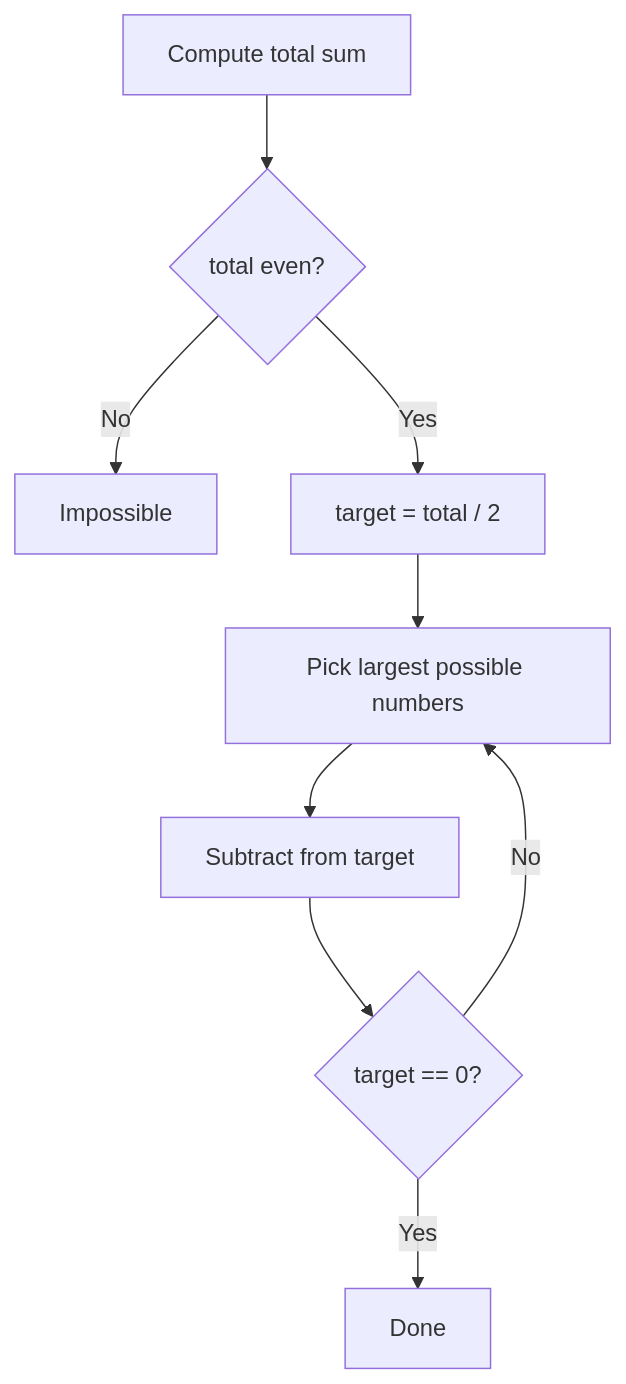
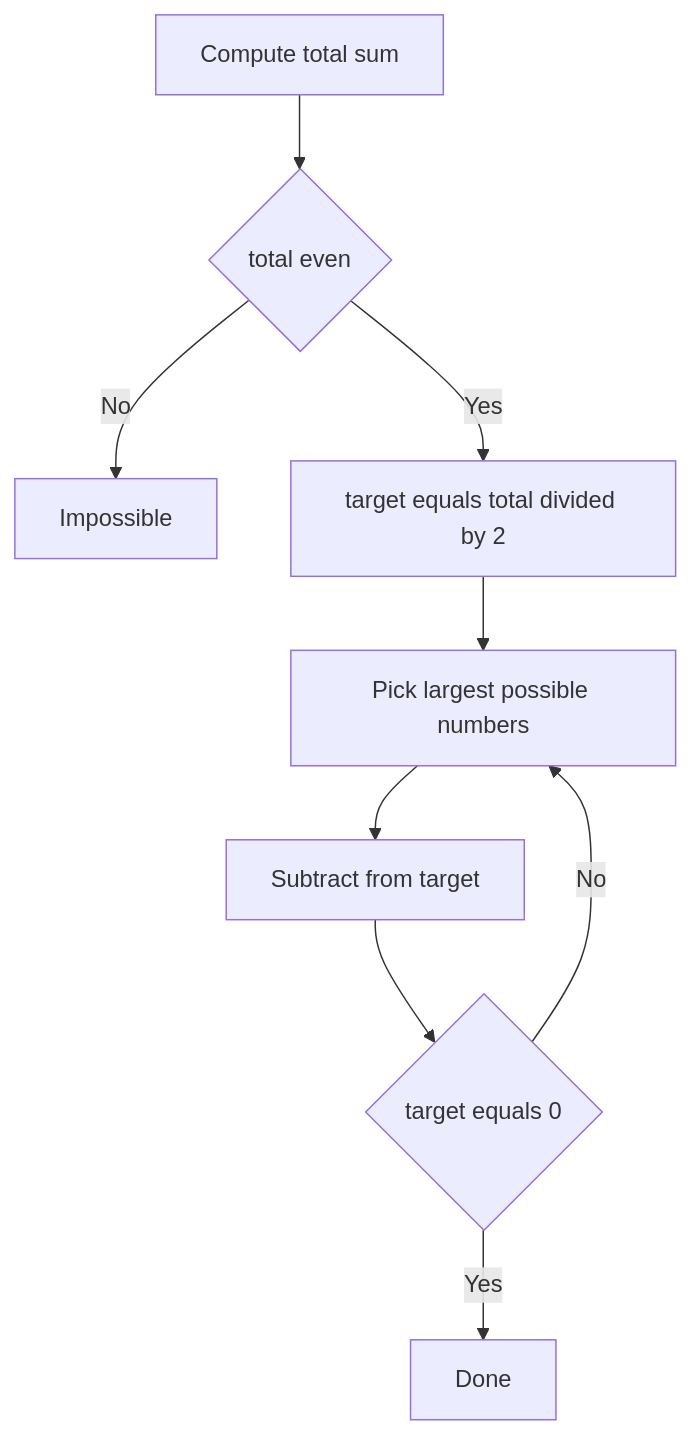
Diagram 13 of 25 in CP_DSA_NOTES/002_CONCEPT_FRAMEWORK_FORMS_TATICS/011_CONTRUCTIVE_ALGORITHMS_CFFT.md (mthaiseer/springcloud-systemdesign-notes), drawn with Mermaid before and after one commit. The commit also changed other lines of this file and 1 other file, not shown here.

````diff
--- a/CP_DSA_NOTES/002_CONCEPT_FRAMEWORK_FORMS_TATICS/011_CONTRUCTIVE_ALGORITHMS_CFFT.md
+++ b/CP_DSA_NOTES/002_CONCEPT_FRAMEWORK_FORMS_TATICS/011_CONTRUCTIVE_ALGORITHMS_CFFT.md
@@ -1205,11 +1200,11 @@
 ```mermaid
 flowchart TD
-    A[Compute total sum] --> B{total even?}
-    B -->|No| C[Impossible]
-    B -->|Yes| D[target = total / 2]
-    D --> E[Pick largest possible numbers]
-    E --> F[Subtract from target]
-    F --> G{target == 0?}
-    G -->|Yes| H[Done]
+    A["Compute total sum"] --> B{"total even"}
+    B -->|No| C["Impossible"]
+    B -->|Yes| D["target equals total divided by 2"]
+    D --> E["Pick largest possible numbers"]
+    E --> F["Subtract from target"]
+    F --> G{"target equals 0"}
+    G -->|Yes| H["Done"]
     G -->|No| E
 ```
````
